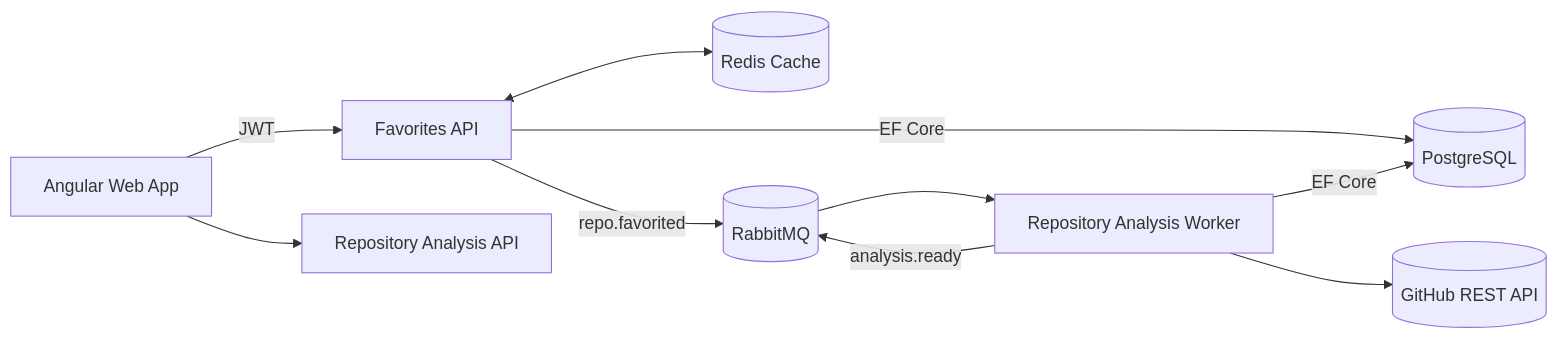
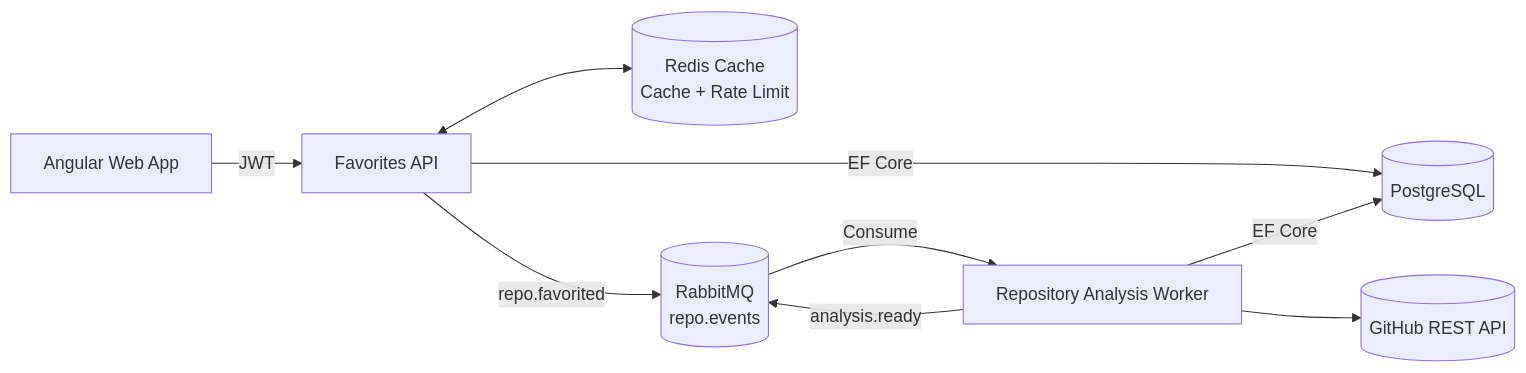
The first of 2 diagrams in README.md (tal-shahar/github-favorites), drawn with Mermaid before and after one commit. The commit also changed other lines of this file, not shown here.

````diff
--- a/README.md
+++ b/README.md
@@ -15,12 +17,11 @@
 ```mermaid
 flowchart LR
     Web[Angular Web App] -->|JWT| API[Favorites API]
-    Web --> AnalysisAPI[Repository Analysis API]
     API -->|EF Core| PG[(PostgreSQL)]
-    API <--> Redis[(Redis Cache)]
-    API -->|repo.favorited| MQ[(RabbitMQ)]
-    MQ --> Worker[Repository Analysis Worker]
+    API <--> Redis[(Redis Cache<br/>Cache + Rate Limit)]
+    API -->|repo.favorited| MQ[(RabbitMQ<br/>repo.events)]
+    MQ -->|Consume| Worker[Repository Analysis Worker]
     Worker -->|EF Core| PG
     Worker --> GitHub[(GitHub REST API)]
     Worker -->|analysis.ready| MQ
 ```
````
